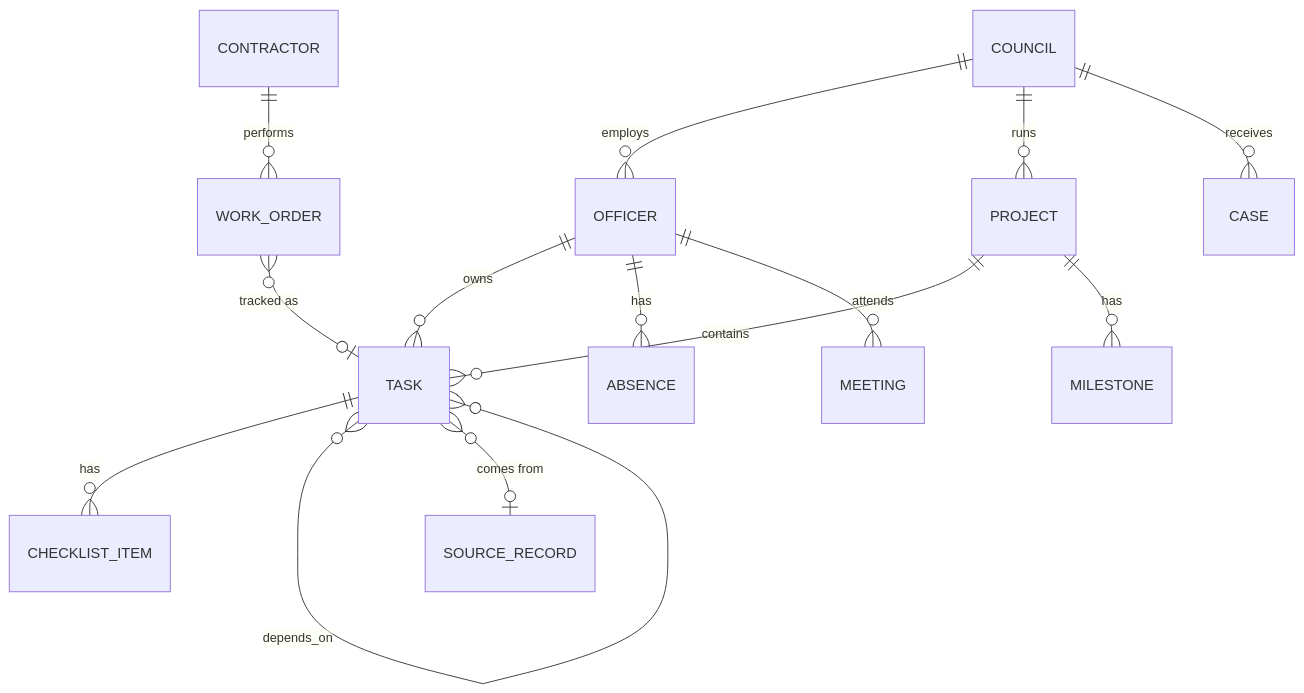
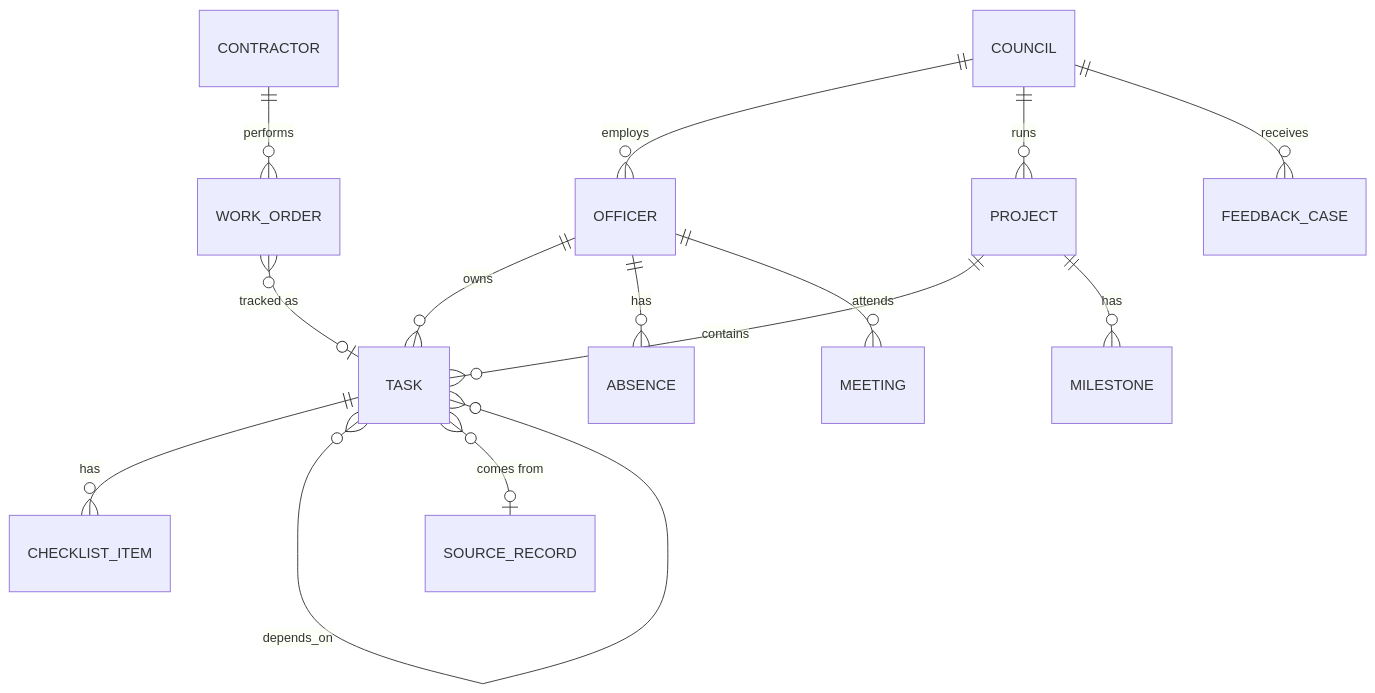
The third of 5 diagrams in docs/architecture.md (feliciatanxl/SyncAI), drawn with Mermaid before and after one commit. The commit also changed other lines of this file, not shown here.

First line of the commit message:
docs: simplify architecture diagrams so GitHub renders them

````diff
--- a/docs/architecture.md
+++ b/docs/architecture.md
@@ -88,16 +104,16 @@
 ```mermaid
 erDiagram
   COUNCIL ||--o{ OFFICER : employs
   COUNCIL ||--o{ PROJECT : runs
   PROJECT ||--o{ TASK : contains
   OFFICER ||--o{ TASK : owns
   TASK ||--o{ CHECKLIST_ITEM : has
   TASK }o--o{ TASK : depends_on
   OFFICER ||--o{ ABSENCE : has
   OFFICER ||--o{ MEETING : attends
   TASK }o--o| SOURCE_RECORD : "comes from"
   PROJECT ||--o{ MILESTONE : has
-  COUNCIL ||--o{ CASE : receives
+  COUNCIL ||--o{ FEEDBACK_CASE : receives
   CONTRACTOR ||--o{ WORK_ORDER : performs
   WORK_ORDER }o--o| TASK : "tracked as"
 ```
````
